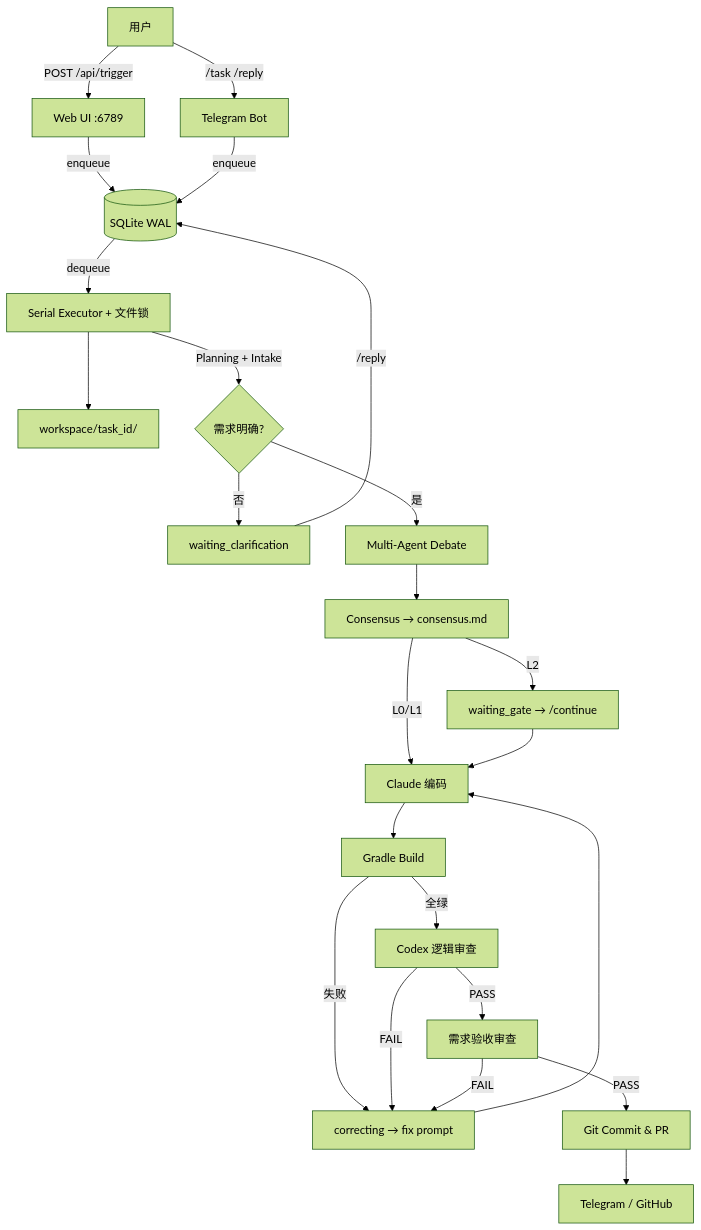
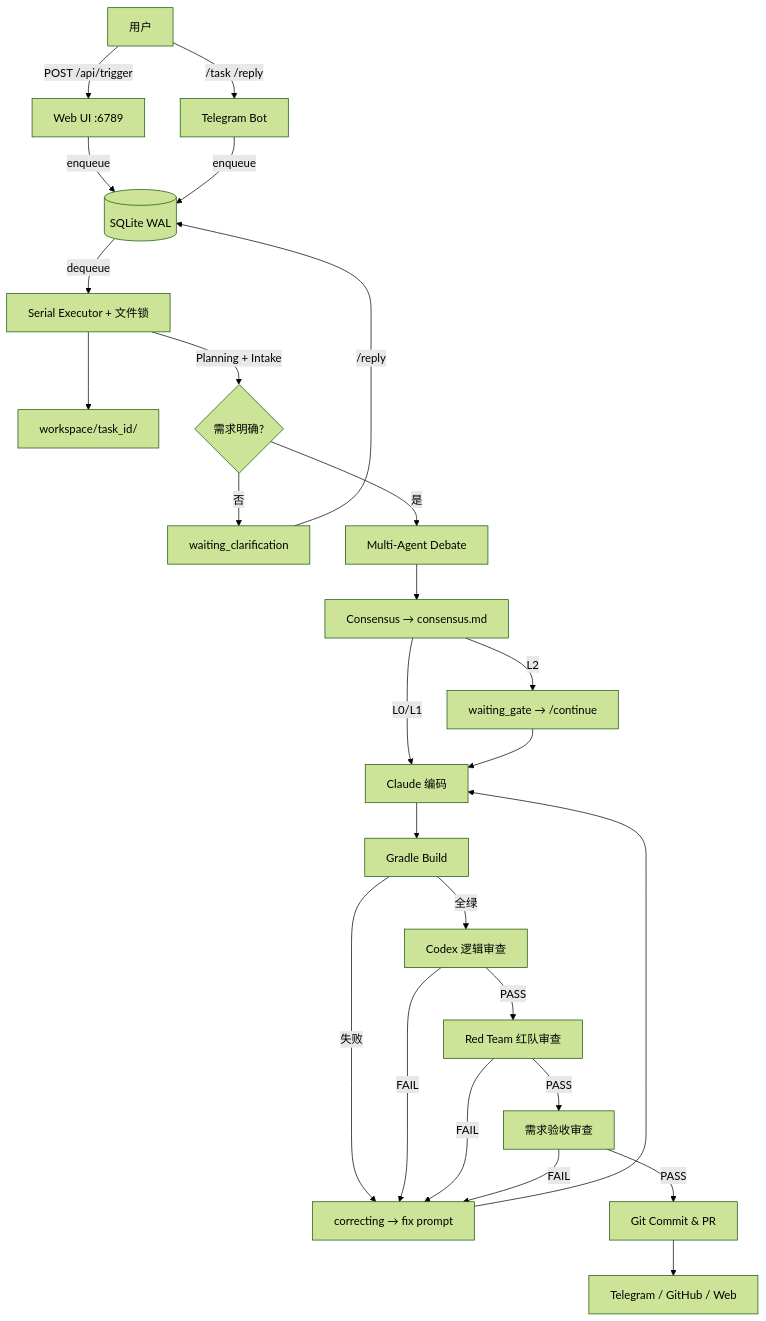
One commit to TurboSnails/AICodeAgent changed the first of 2 diagrams in README.md. Above: the diagram before and after it, drawn with Mermaid (forest theme). The commit also changed other lines of this file and 91 other files, not shown here.

````diff
--- a/README.md
+++ b/README.md
@@ -35,29 +35,31 @@
 ```mermaid
 graph TD
     A[用户] -->|POST /api/trigger| B[Web UI :6789]
     A -->|/task /reply| C[Telegram Bot]
     B -->|enqueue| D[(SQLite WAL)]
     C -->|enqueue| D
     D -->|dequeue| E[Serial Executor + 文件锁]
     E --> F[workspace/task_id/]
 
     E -->|Planning + Intake| G{需求明确?}
     G -->|否| H[waiting_clarification]
     H -->|/reply| D
     G -->|是| I[Multi-Agent Debate]
     I --> J[Consensus → consensus.md]
     J -->|L2| K[waiting_gate → /continue]
     J -->|L0/L1| L[Claude 编码]
     K --> L
 
     L --> M[Gradle Build]
     M -->|失败| N[correcting → fix prompt]
     N --> L
     M -->|全绿| O[Codex 逻辑审查]
     O -->|FAIL| N
-    O -->|PASS| O2[需求验收审查]
+    O -->|PASS| O1[Red Team 红队审查]
+    O1 -->|FAIL| N
+    O1 -->|PASS| O2[需求验收审查]
     O2 -->|FAIL| N
     O2 -->|PASS| P[Git Commit & PR]
 
-    P --> Q[Telegram / GitHub]
+    P --> Q[Telegram / GitHub / Web]
 ```
````
